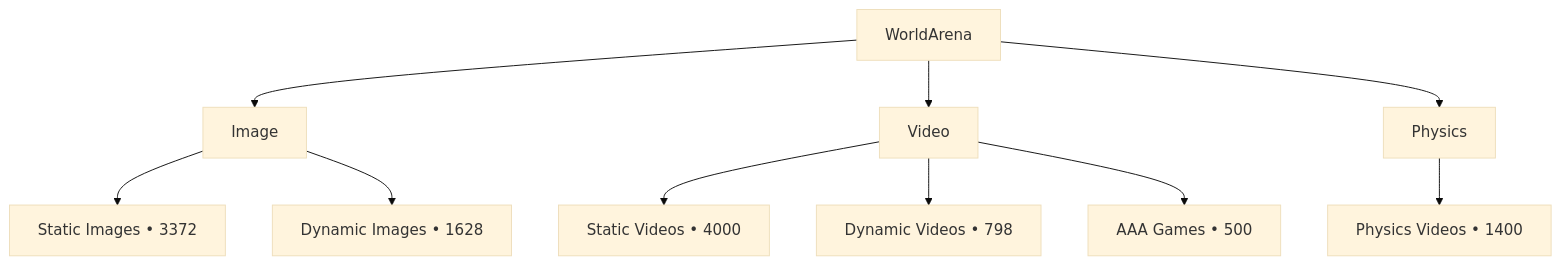
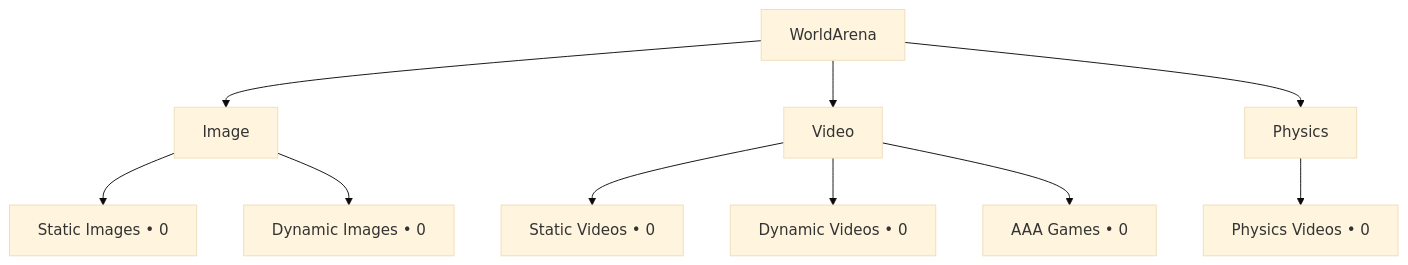
Before and after one commit to OpenEnvision/WorldAtlas: the diagram in docs/en/overview.md, drawn with Mermaid (base theme). The commit also changed other lines of this file and 46 other files, not shown here.

````diff
--- a/docs/en/overview.md
+++ b/docs/en/overview.md
@@ -31,13 +31,13 @@
 ```mermaid
 graph TD
   root[WorldArena]
   root --> images[Image]
   root --> videos[Video]
   root --> physics[Physics]
-  images --> static_images[Static Images • 3372]
-  images --> dynamic_images[Dynamic Images • 1628]
-  videos --> static_videos[Static Videos • 4000]
-  videos --> dynamic_videos[Dynamic Videos • 798]
-  videos --> aaa_games[AAA Games • 500]
-  physics --> physics_videos[Physics Videos • 1400]
+  images --> static_images[Static Images • 0]
+  images --> dynamic_images[Dynamic Images • 0]
+  videos --> static_videos[Static Videos • 0]
+  videos --> dynamic_videos[Dynamic Videos • 0]
+  videos --> aaa_games[AAA Games • 0]
+  physics --> physics_videos[Physics Videos • 0]
 ```
````
